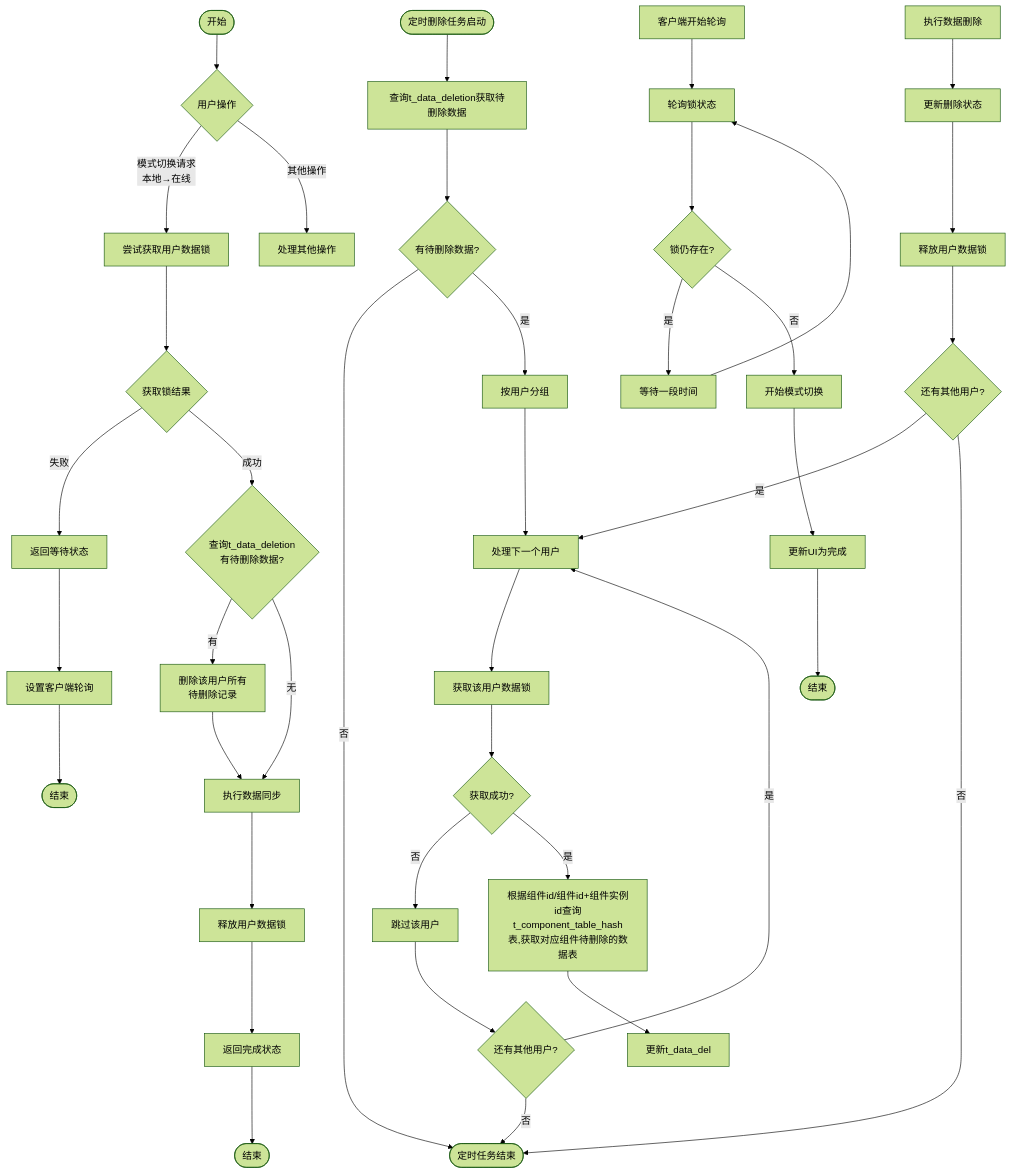
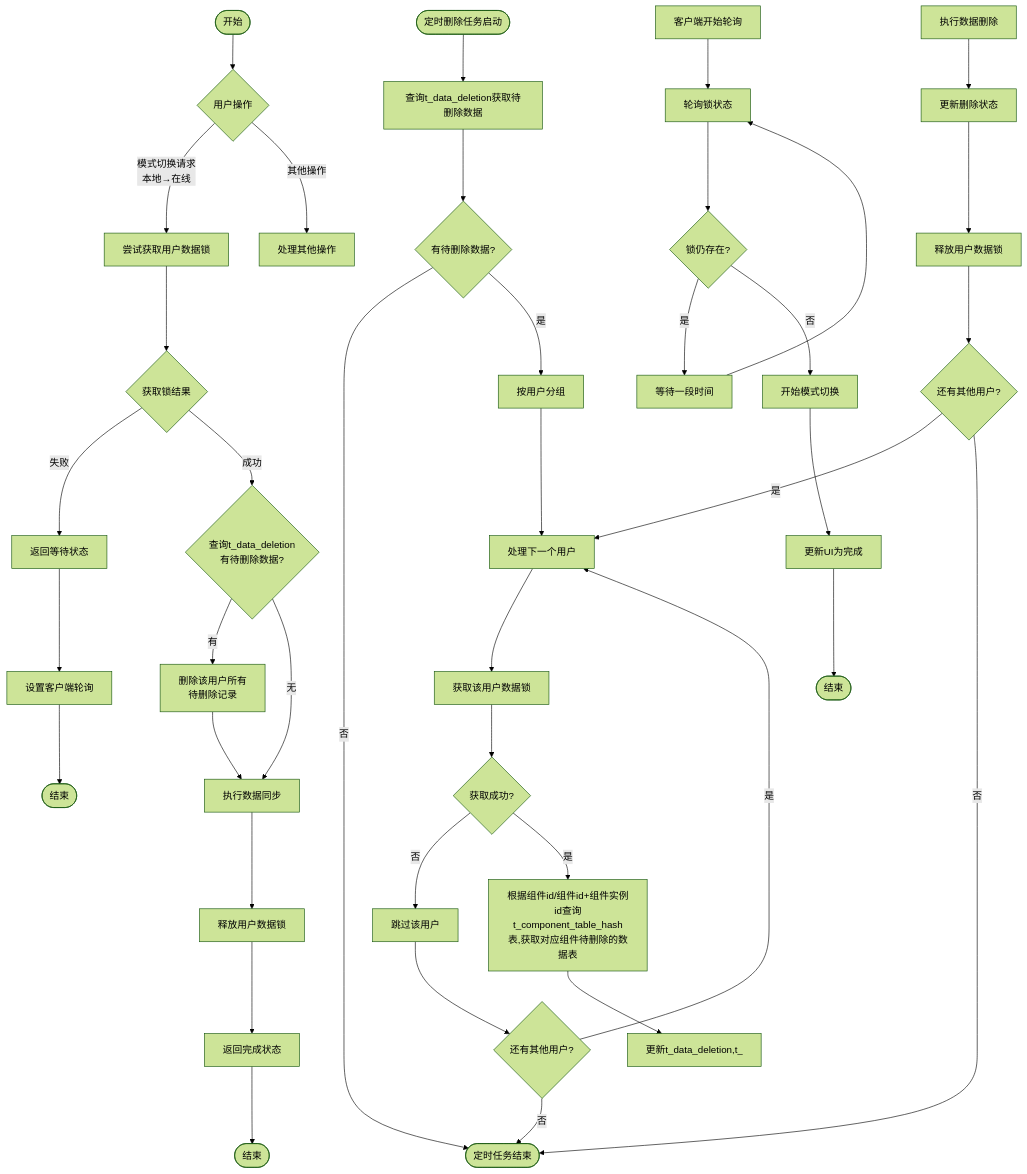
The diagram in all/未命名-57.md (yingjianzh/iodraw-files), drawn with Mermaid (forest theme) before and after one commit.

Commit message:
2025-05-12 11:22:47 update

````diff
--- a/all/未命名-57.md
+++ b/all/未命名-57.md
@@ -1,62 +1,62 @@
 ```mermaid
 flowchart TD
     %% 主要分支
     Start([开始]) --> UserAction{用户操作}
     UserAction -->|模式切换请求\n本地→在线| TryLock[尝试获取用户数据锁]
     UserAction -->|其他操作| OtherOps[处理其他操作]
     
     %% 定时删除任务分支
     ScheduledTask([定时删除任务启动]) --> QueryDeletions[查询t_data_deletion获取待删除数据]
     QueryDeletions --> HasTasks{有待删除数据?}
     HasTasks -->|否| TaskEnd([定时任务结束])
     HasTasks -->|是| GroupByUser[按用户分组]
     
     %% 处理用户数据删除
     GroupByUser --> ProcessNextUser[处理下一个用户]
     ProcessNextUser --> AcquireLock[获取该用户数据锁]
     AcquireLock --> LockSuccess{获取成功?}
     
     LockSuccess -->|否| SkipUser[跳过该用户]
     SkipUser --> MoreUsers1{还有其他用户?}
     MoreUsers1 -->|是| ProcessNextUser
     MoreUsers1 -->|否| TaskEnd
     
     LockSuccess -->|是| GetData[根据组件id/组件id+组件实例id查询t_component_table_hash表,获取对应组件待删除的数据表]
     
-    GetData --> UpdateData[更新t_data_del]
+    GetData --> UpdateData[更新t_data_deletion,t_]
     DeleteData[执行数据删除]
     DeleteData --> UpdateStatus[更新删除状态]
     UpdateStatus --> ReleaseLock[释放用户数据锁]
     ReleaseLock --> MoreUsers2{还有其他用户?}
     MoreUsers2 -->|是| ProcessNextUser
     MoreUsers2 -->|否| TaskEnd
     
     %% 模式切换流程
     TryLock --> LockResult{获取锁结果}
     
     LockResult -->|失败| ReturnWaiting[返回等待状态]
     ReturnWaiting --> SetupPolling[设置客户端轮询]
     SetupPolling --> End1([结束])
     
     LockResult -->|成功| CheckPendingDeletion{查询t_data_deletion\n有待删除数据?}
     
     CheckPendingDeletion -->|有| RemoveDeletionRecords[删除该用户所有\n待删除记录]
     RemoveDeletionRecords --> PerformSync[执行数据同步]
     
     CheckPendingDeletion -->|无| PerformSync
     
     PerformSync --> ReleaseSwitchLock[释放用户数据锁]
     ReleaseSwitchLock --> ReturnComplete[返回完成状态]
     ReturnComplete --> End2([结束])
     
     %% 客户端轮询
     ClientPolling[客户端开始轮询] --> PollLockStatus[轮询锁状态]
     PollLockStatus --> StillLocked{锁仍存在?}
     
     StillLocked -->|是| WaitInterval[等待一段时间]
     WaitInterval --> PollLockStatus
     
     StillLocked -->|否| StartSwitch[开始模式切换]
     StartSwitch --> CompleteUI[更新UI为完成]
     CompleteUI --> End3([结束])
 ```
````
